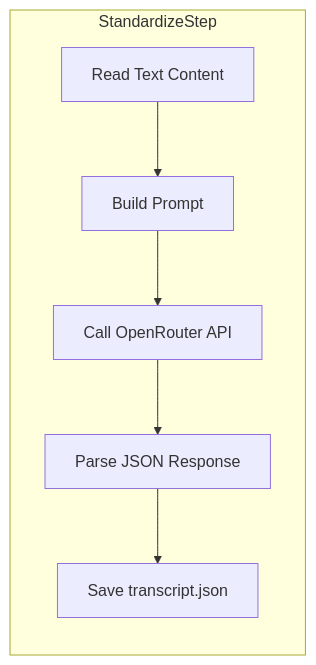
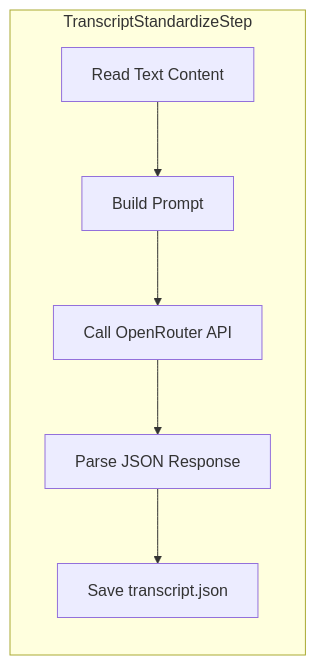
The second of 2 diagrams in docs/PARSE_SYSTEM.md (StanfordCS194/win26-Team10), drawn with Mermaid before and after one commit. The commit also changed other lines of this file and 12 other files, not shown here.

````diff
--- a/docs/PARSE_SYSTEM.md
+++ b/docs/PARSE_SYSTEM.md
@@ -60,9 +60,9 @@
 ```mermaid
 flowchart LR
-    subgraph standardize [StandardizeStep]
+    subgraph standardize [TranscriptStandardizeStep]
         A[Read Text Content] --> B[Build Prompt]
         B --> C[Call OpenRouter API]
         C --> D[Parse JSON Response]
         D --> E[Save transcript.json]
     end
 ```
````
